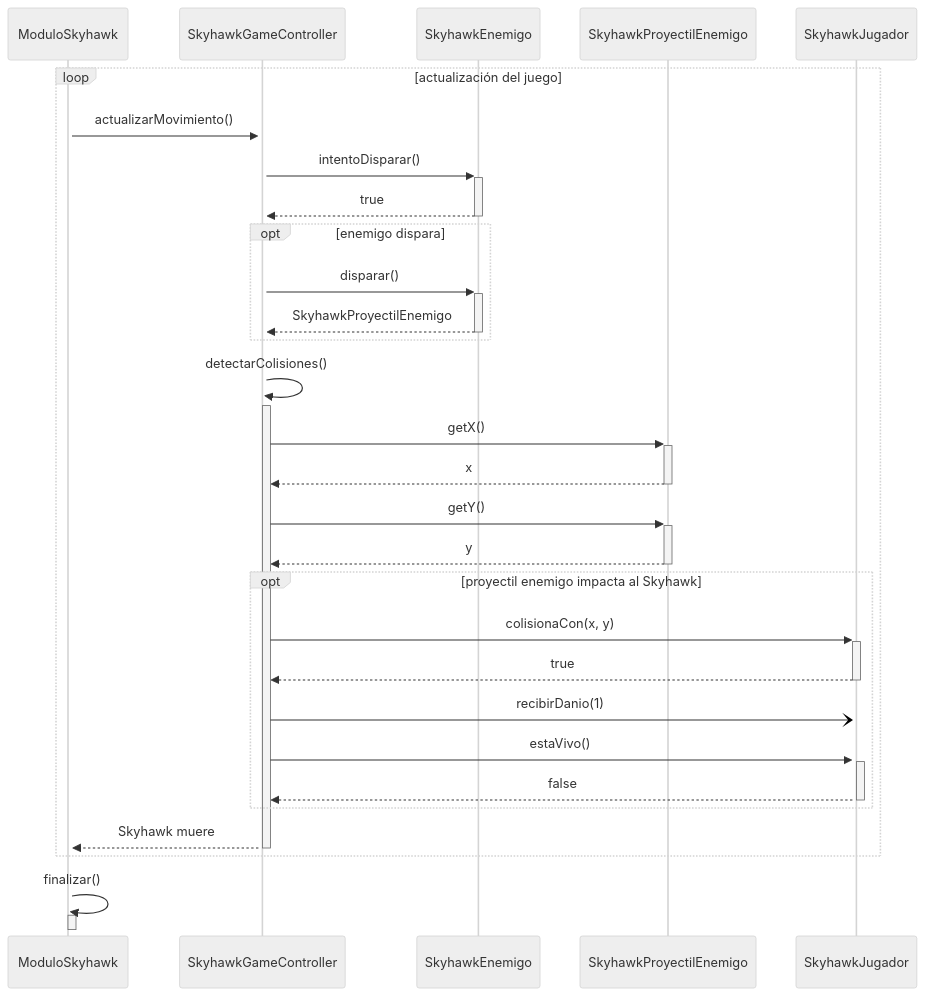
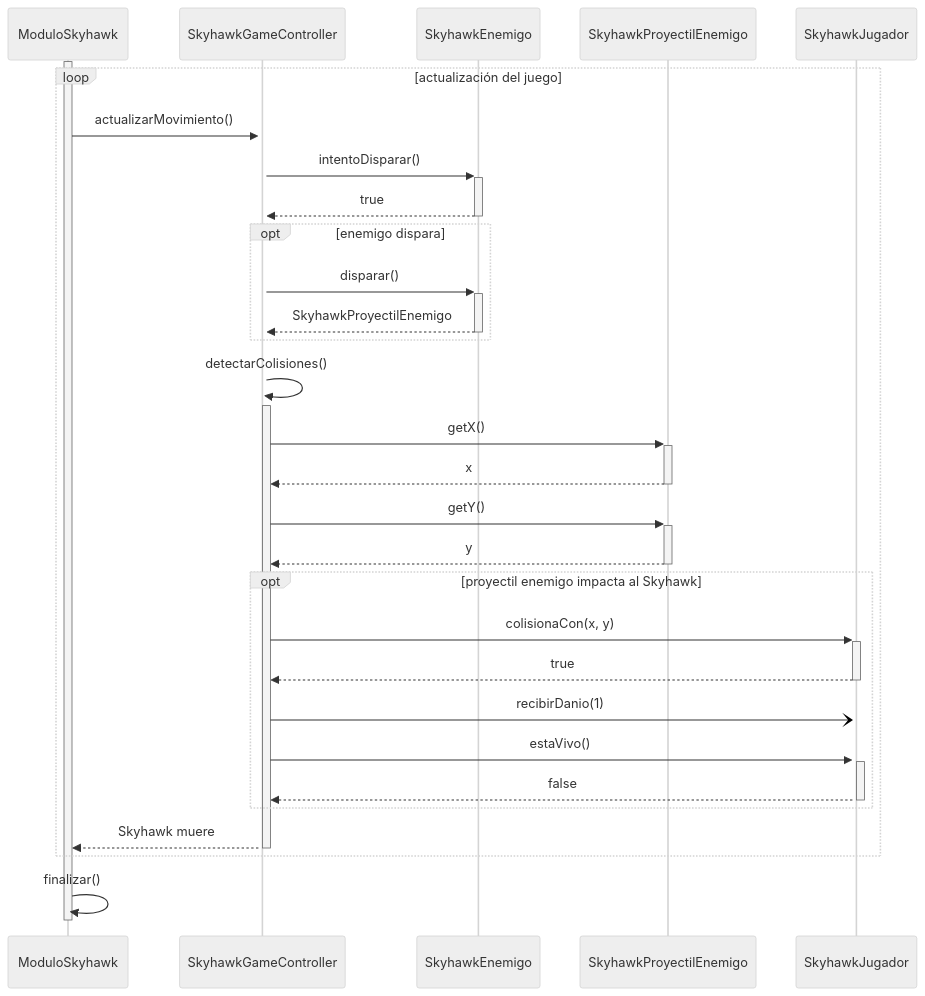
One commit to chiaraarego/Grupo-2---Skyhawk changed the fifth of 7 diagrams in Diagramas/diagram_Secuencias_Actualizados.md. Above: the diagram before and after it, drawn with Mermaid (neutral theme).

Commit message:
Update sequence diagram for game logic
Refactor sequence diagram for game update and enemy actions.

````diff
--- a/Diagramas/diagram_Secuencias_Actualizados.md
+++ b/Diagramas/diagram_Secuencias_Actualizados.md
@@ -181,50 +181,46 @@
 ```mermaid
 sequenceDiagram
     participant ModuloSkyhawk
     participant SkyhawkGameController
     participant SkyhawkEnemigo
     participant SkyhawkProyectilEnemigo
     participant SkyhawkJugador
 
     activate ModuloSkyhawk
 
     loop actualización del juego
         ModuloSkyhawk ->> +SkyhawkGameController : actualizarMovimiento()
 
-        
         SkyhawkGameController ->> +SkyhawkEnemigo : intentoDisparar()
         SkyhawkEnemigo -->> -SkyhawkGameController : true
-        
 
         opt enemigo dispara
             SkyhawkGameController ->> +SkyhawkEnemigo : disparar()
             SkyhawkEnemigo -->> -SkyhawkGameController : SkyhawkProyectilEnemigo
-
         end
 
         SkyhawkGameController ->> +SkyhawkGameController : detectarColisiones()
 
         SkyhawkGameController ->> +SkyhawkProyectilEnemigo : getX()
         SkyhawkProyectilEnemigo -->> -SkyhawkGameController : x
 
         SkyhawkGameController ->> +SkyhawkProyectilEnemigo : getY()
         SkyhawkProyectilEnemigo -->> -SkyhawkGameController : y
 
         opt proyectil enemigo impacta al Skyhawk
             SkyhawkGameController ->> +SkyhawkJugador : colisionaCon(x, y)
             SkyhawkJugador -->> -SkyhawkGameController : true
 
             SkyhawkGameController -) +SkyhawkJugador : recibirDanio(1)
 
             SkyhawkGameController ->> +SkyhawkJugador : estaVivo()
             SkyhawkJugador -->> -SkyhawkGameController : false
         end
 
         SkyhawkGameController -->> -ModuloSkyhawk : Skyhawk muere
+    end
 
-    end
-ModuloSkyhawk ->> +ModuloSkyhawk : finalizar()
+    ModuloSkyhawk ->> ModuloSkyhawk : finalizar()
 
     deactivate ModuloSkyhawk
-
 ```
````
